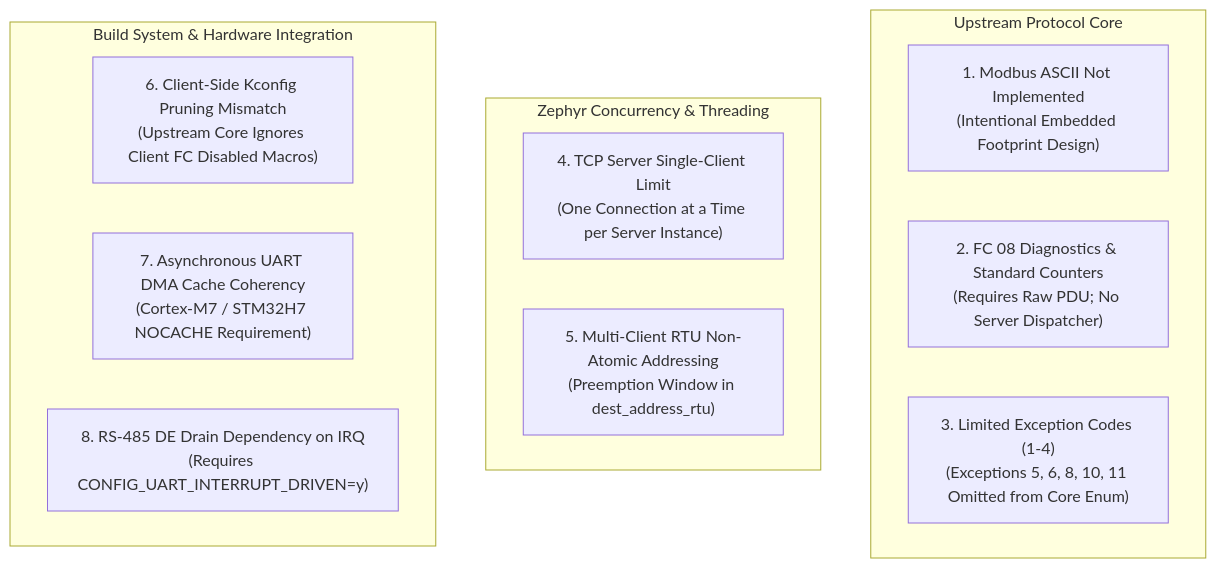
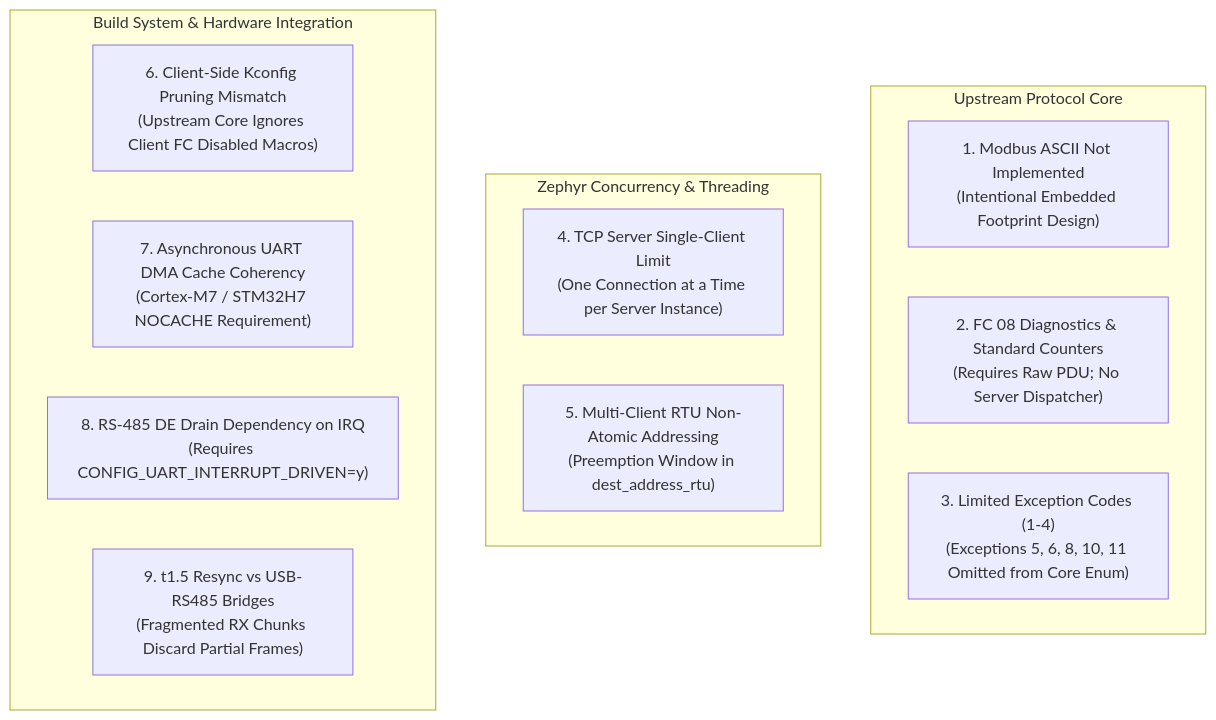
One commit to dowhile98/nanoMODBUS changed the diagram in docs/known_limitations.md. Above: the diagram before and after it, drawn with Mermaid. The commit also changed other lines of this file and 1 other file, not shown here.

First line of the commit message:
docs: record RS-485 RE/DE bench setup and USB bridge framing limit

````diff
--- a/docs/known_limitations.md
+++ b/docs/known_limitations.md
@@ -9,19 +9,20 @@
 ```mermaid
 graph TD
     subgraph PROTOCOL["Upstream Protocol Core"]
         L_ASCII["1. Modbus ASCII Not Implemented<br/>(Intentional Embedded Footprint Design)"]
         L_FC08["2. FC 08 Diagnostics & Standard Counters<br/>(Requires Raw PDU; No Server Dispatcher)"]
         L_EXC["3. Limited Exception Codes (1-4)<br/>(Exceptions 5, 6, 8, 10, 11 Omitted from Core Enum)"]
     end
 
     subgraph CONCURRENCY["Zephyr Concurrency & Threading"]
         L_TCPSRV["4. TCP Server Single-Client Limit<br/>(One Connection at a Time per Server Instance)"]
         L_RTUTGT["5. Multi-Client RTU Non-Atomic Addressing<br/>(Preemption Window in dest_address_rtu)"]
     end
 
     subgraph BUILD_HW["Build System & Hardware Integration"]
         L_PRUNE["6. Client-Side Kconfig Pruning Mismatch<br/>(Upstream Core Ignores Client FC Disabled Macros)"]
         L_DCACHE["7. Asynchronous UART DMA Cache Coherency<br/>(Cortex-M7 / STM32H7 NOCACHE Requirement)"]
         L_RS485["8. RS-485 DE Drain Dependency on IRQ<br/>(Requires CONFIG_UART_INTERRUPT_DRIVEN=y)"]
+        L_BRIDGE["9. t1.5 Resync vs USB-RS485 Bridges<br/>(Fragmented RX Chunks Discard Partial Frames)"]
     end
 ```
````
